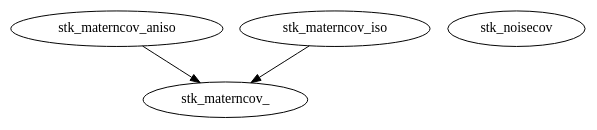
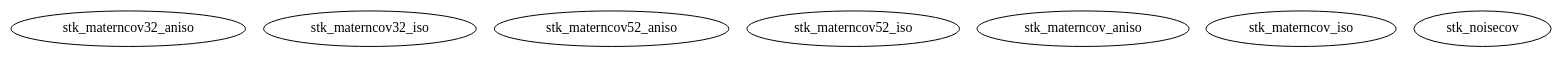
The diagram in htmldoc/covfcs/graph.dot (stk-kriging/stk), drawn with Graphviz before and after one commit. The commit also changed 45 other files, not shown here.

```diff
--- a/htmldoc/covfcs/graph.dot
+++ b/htmldoc/covfcs/graph.dot
@@ -1,10 +1,11 @@
 /* Created by mdot for Matlab */
 digraph m2html {
-  stk_materncov_aniso -> stk_materncov_;
-  stk_materncov_iso -> stk_materncov_;
 
-  stk_materncov_ [URL="stk_materncov_.html"];
+  stk_materncov32_aniso [URL="stk_materncov32_aniso.html"];
+  stk_materncov32_iso [URL="stk_materncov32_iso.html"];
+  stk_materncov52_aniso [URL="stk_materncov52_aniso.html"];
+  stk_materncov52_iso [URL="stk_materncov52_iso.html"];
   stk_materncov_aniso [URL="stk_materncov_aniso.html"];
   stk_materncov_iso [URL="stk_materncov_iso.html"];
   stk_noisecov [URL="stk_noisecov.html"];
 }
```
